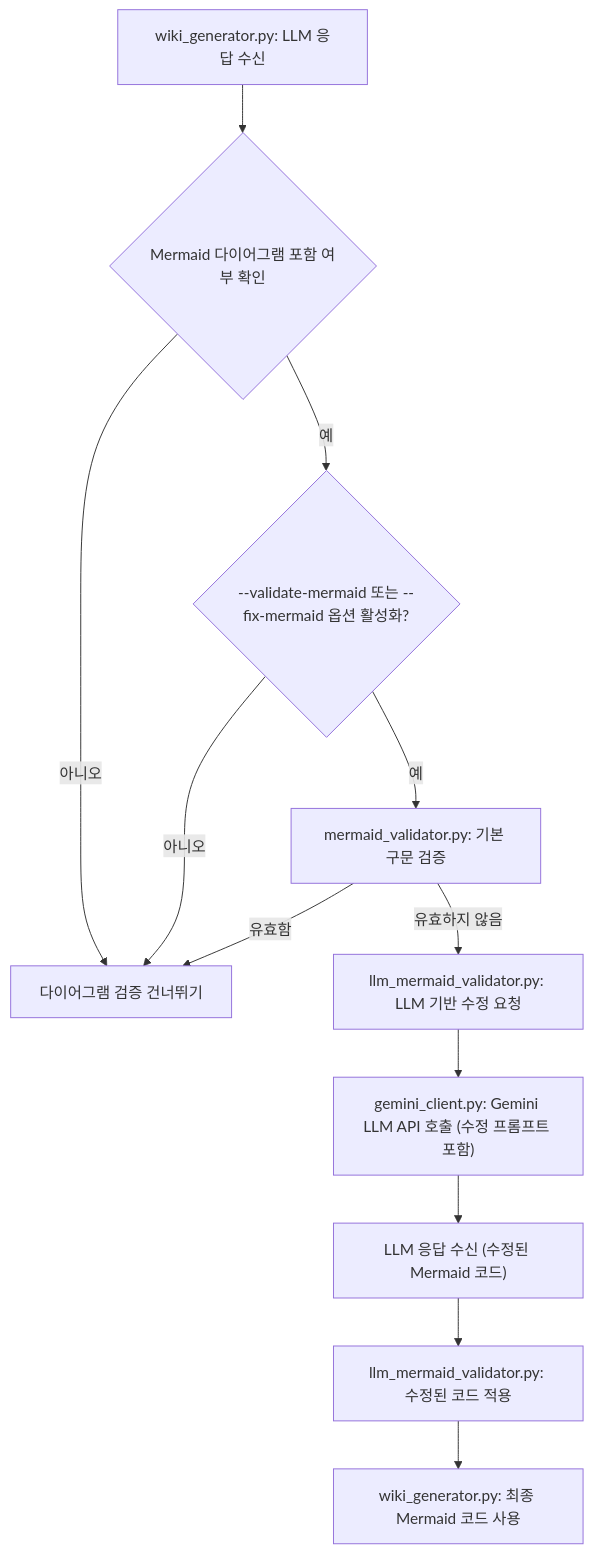
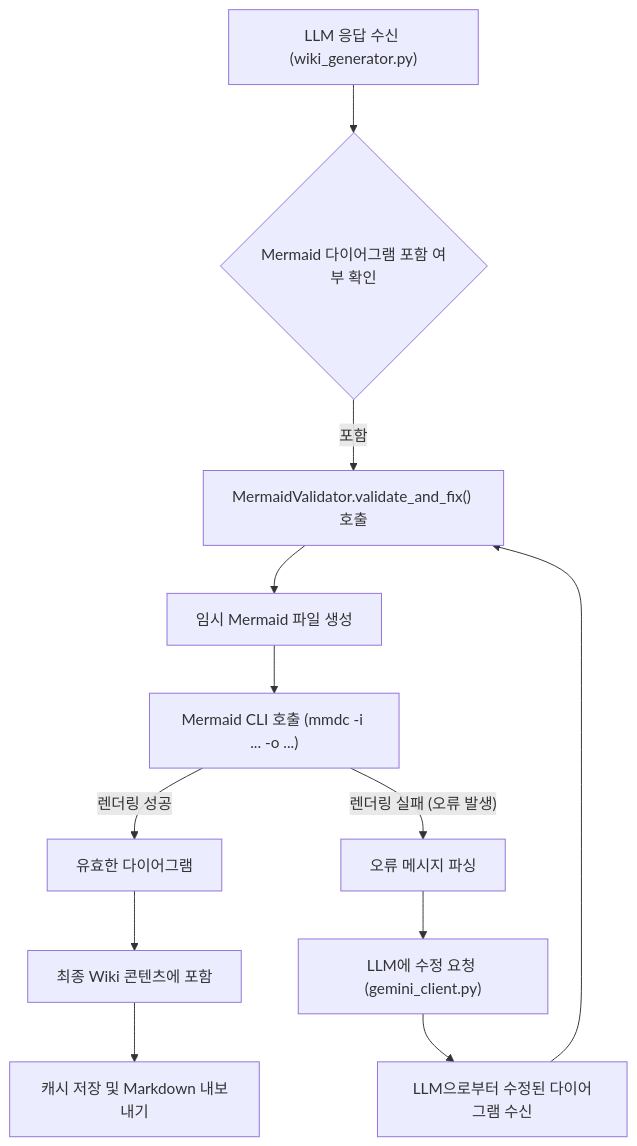
The fifth of 5 diagrams in python_kb/.adalflow/wikicache/python_kb/architecture.md (woosikseol/deepwiki-open), drawn with Mermaid before and after one commit. The commit also changed other lines of this file and 30 other files, not shown here.

Commit message:
llm mermaid validation

````diff
--- a/python_kb/.adalflow/wikicache/python_kb/architecture.md
+++ b/python_kb/.adalflow/wikicache/python_kb/architecture.md
@@ -186,14 +248,14 @@
 ```mermaid
 graph TD
-    A["wiki_generator.py: LLM 응답 수신"] --> B{"Mermaid 다이어그램 포함 여부 확인"}
-    B -- "아니오" --> C["다이어그램 검증 건너뛰기"]
-    B -- "예" --> D{"--validate-mermaid 또는 --fix-mermaid 옵션 활성화?"}
-    D -- "아니오" --> C
-    D -- "예" --> E["mermaid_validator.py: 기본 구문 검증"]
-    E -- "유효함" --> C
-    E -- "유효하지 않음" --> F["llm_mermaid_validator.py: LLM 기반 수정 요청"]
-    F --> G["gemini_client.py: Gemini LLM API 호출 (수정 프롬프트 포함)"]
-    G --> H["LLM 응답 수신 (수정된 Mermaid 코드)"]
-    H --> I["llm_mermaid_validator.py: 수정된 코드 적용"]
-    I --> J["wiki_generator.py: 최종 Mermaid 코드 사용"]
+    A["LLM 응답 수신 (wiki_generator.py)"] --> B{"Mermaid 다이어그램 포함 여부 확인"}
+    B -- 포함 --> C["MermaidValidator.validate_and_fix() 호출"]
+    C --> D["임시 Mermaid 파일 생성"]
+    D --> E["Mermaid CLI 호출 (mmdc -i ... -o ...)"]
+    E -- 렌더링 성공 --> F["유효한 다이어그램"]
+    E -- 렌더링 실패 (오류 발생) --> G["오류 메시지 파싱"]
+    G --> H["LLM에 수정 요청 (gemini_client.py)"]
+    H --> I["LLM으로부터 수정된 다이어그램 수신"]
+    I --> C
+    F --> J["최종 Wiki 콘텐츠에 포함"]
+    J --> K["캐시 저장 및 Markdown 내보내기"]
 ```
````
